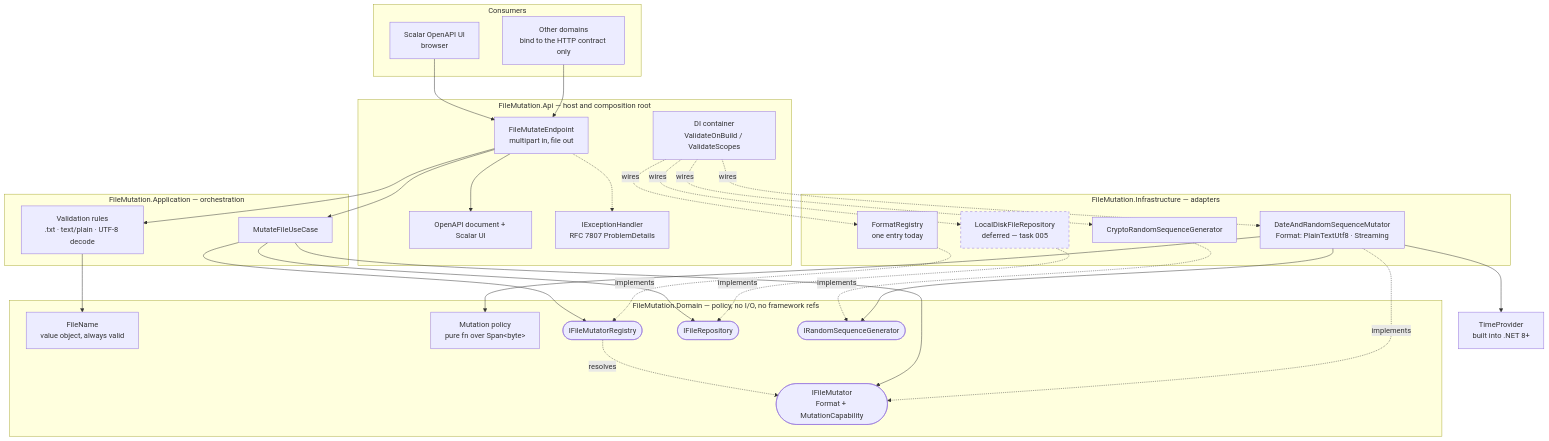
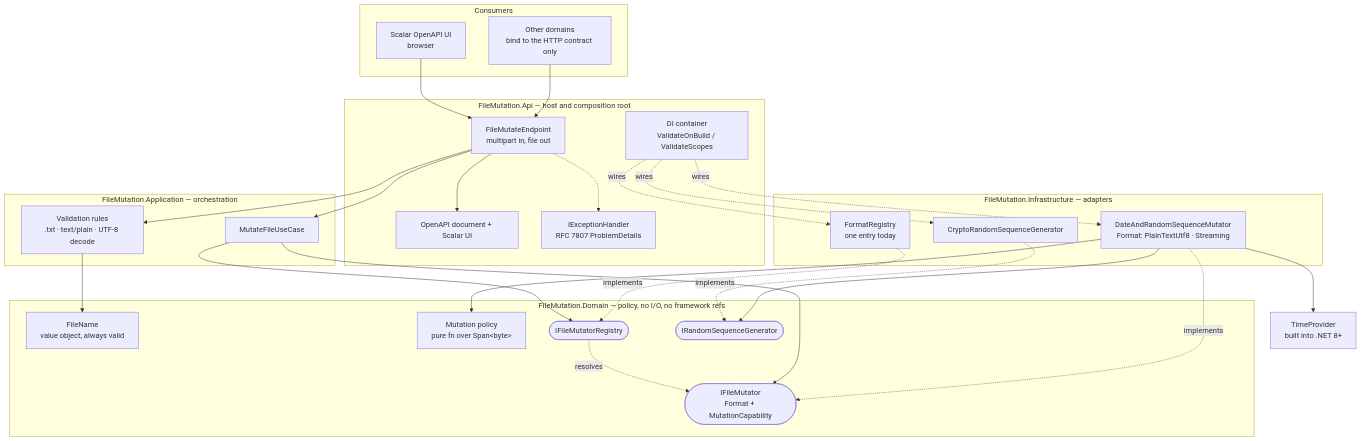
The first of 3 diagrams in docs/architecture.md (fabiantax/zero-allocation-fileupload), drawn with Mermaid before and after one commit. The commit also changed other lines of this file and 11 other files, not shown here.

````diff
--- a/docs/architecture.md
+++ b/docs/architecture.md
@@ -15,66 +30,59 @@
 ```mermaid
 graph TB
     subgraph consumers["Consumers"]
         UI["Scalar OpenAPI UI<br/>browser"]
         SYS["Other domains<br/>bind to the HTTP contract only"]
     end
 
     subgraph api["FileMutation.Api — host and composition root"]
         EP["FileMutateEndpoint<br/>multipart in, file out"]
         OAPI["OpenAPI document + Scalar UI"]
         PD["IExceptionHandler<br/>RFC 7807 ProblemDetails"]
         DI["DI container<br/>ValidateOnBuild / ValidateScopes"]
     end
 
     subgraph app["FileMutation.Application — orchestration"]
         UC["MutateFileUseCase"]
         VAL["Validation rules<br/>.txt · text/plain · UTF-8 decode"]
     end
 
     subgraph dom["FileMutation.Domain — policy, no I/O, no framework refs"]
         FN["FileName<br/>value object, always valid"]
         POL["Mutation policy<br/>pure fn over Span&lt;byte&gt;"]
         P1(["IFileMutator<br/>Format + MutationCapability"])
         P0(["IFileMutatorRegistry"])
-        P2(["IFileRepository"])
         P3(["IRandomSequenceGenerator"])
     end
 
     subgraph infra["FileMutation.Infrastructure — adapters"]
         MUT["DateAndRandomSequenceMutator<br/>Format: PlainTextUtf8 · Streaming"]
         REG["FormatRegistry<br/>one entry today"]
-        REPO["LocalDiskFileRepository<br/>deferred — task 005"]
         RNG["CryptoRandomSequenceGenerator"]
     end
 
     TP["TimeProvider<br/>built into .NET 8+"]
 
     UI --> EP
     SYS --> EP
     EP --> OAPI
     EP --> VAL
     EP --> UC
     EP -.-> PD
     VAL --> FN
     UC --> P0
     P0 -. resolves .-> P1
     UC --> P1
-    UC --> P2
 
     MUT -. implements .-> P1
     REG -. implements .-> P0
-    REPO -. implements .-> P2
     RNG -. implements .-> P3
 
     MUT --> POL
     MUT --> P3
     MUT --> TP
 
     DI -. wires .-> REG
     DI -. wires .-> MUT
-    DI -. wires .-> REPO
     DI -. wires .-> RNG
 
-    classDef deferred stroke-dasharray: 5 5
-    class REPO deferred
 ```
````
